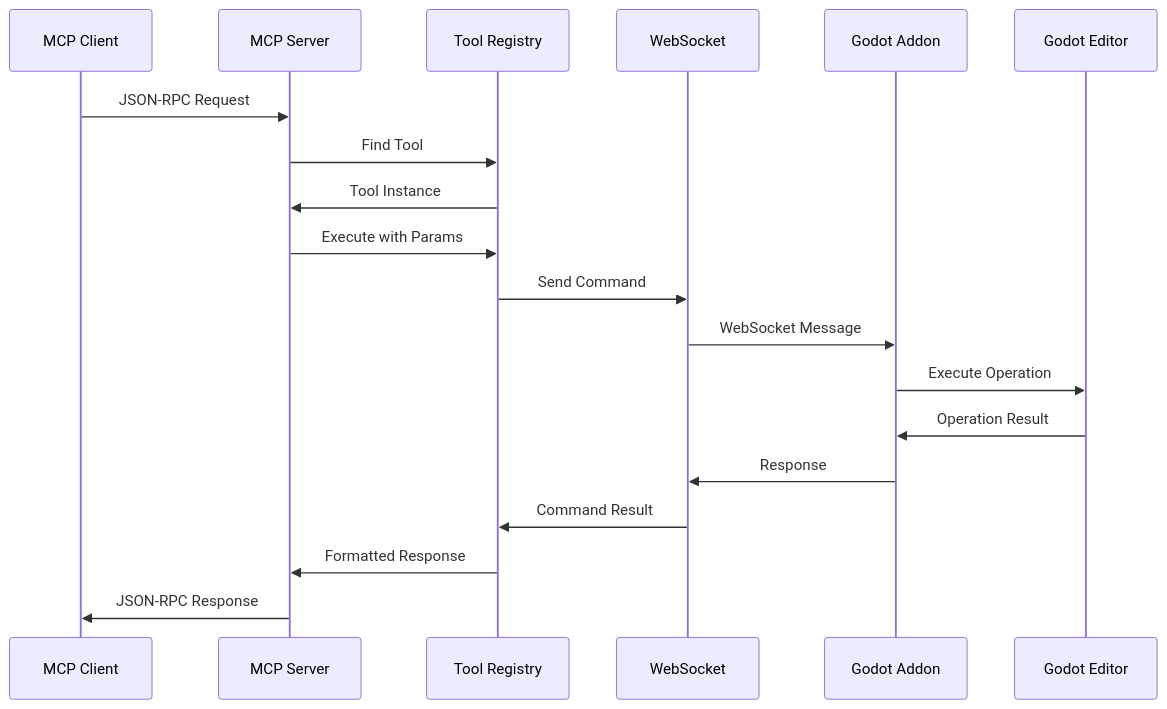
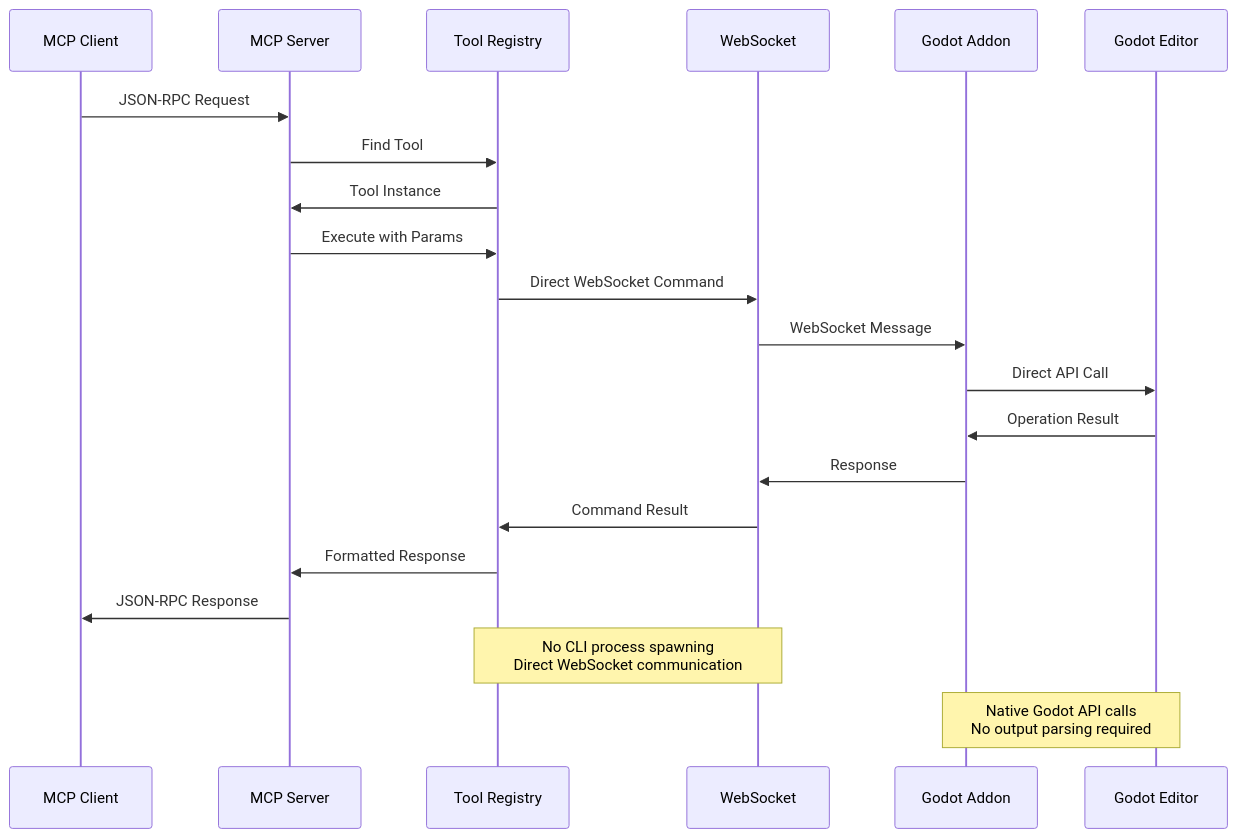
One commit to SK-DEV-AI/godot-mcp-nxt changed the first of 2 diagrams in godot-mcp-nxt/docs/ARCHITECTURE.md. Above: the diagram before and after it, drawn with Mermaid. The commit also changed other lines of this file and 7813 other files, not shown here.

Commit message:
migrated from cli tools to direct godot api

````diff
--- a/godot-mcp-nxt/docs/ARCHITECTURE.md
+++ b/godot-mcp-nxt/docs/ARCHITECTURE.md
@@ -200,22 +212,25 @@
 ```mermaid
 sequenceDiagram
     participant Client as MCP Client
     participant Server as MCP Server
     participant Tool as Tool Registry
     participant WS as WebSocket
     participant Addon as Godot Addon
     participant Editor as Godot Editor
 
     Client->>Server: JSON-RPC Request
     Server->>Tool: Find Tool
     Tool->>Server: Tool Instance
     Server->>Tool: Execute with Params
-    Tool->>WS: Send Command
+    Tool->>WS: Direct WebSocket Command
     WS->>Addon: WebSocket Message
-    Addon->>Editor: Execute Operation
+    Addon->>Editor: Direct API Call
     Editor->>Addon: Operation Result
     Addon->>WS: Response
     WS->>Tool: Command Result
     Tool->>Server: Formatted Response
     Server->>Client: JSON-RPC Response
+
+    Note over Tool,WS: No CLI process spawning<br/>Direct WebSocket communication
+    Note over Addon,Editor: Native Godot API calls<br/>No output parsing required
 ```
````
